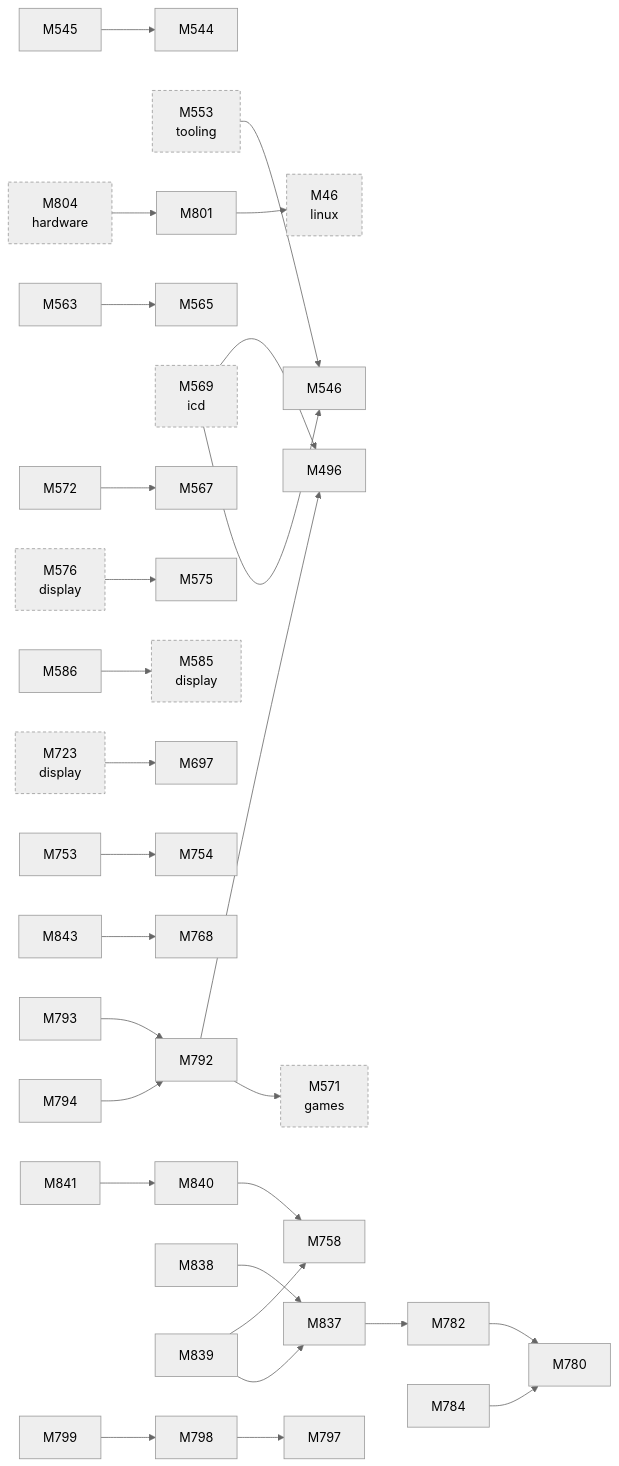
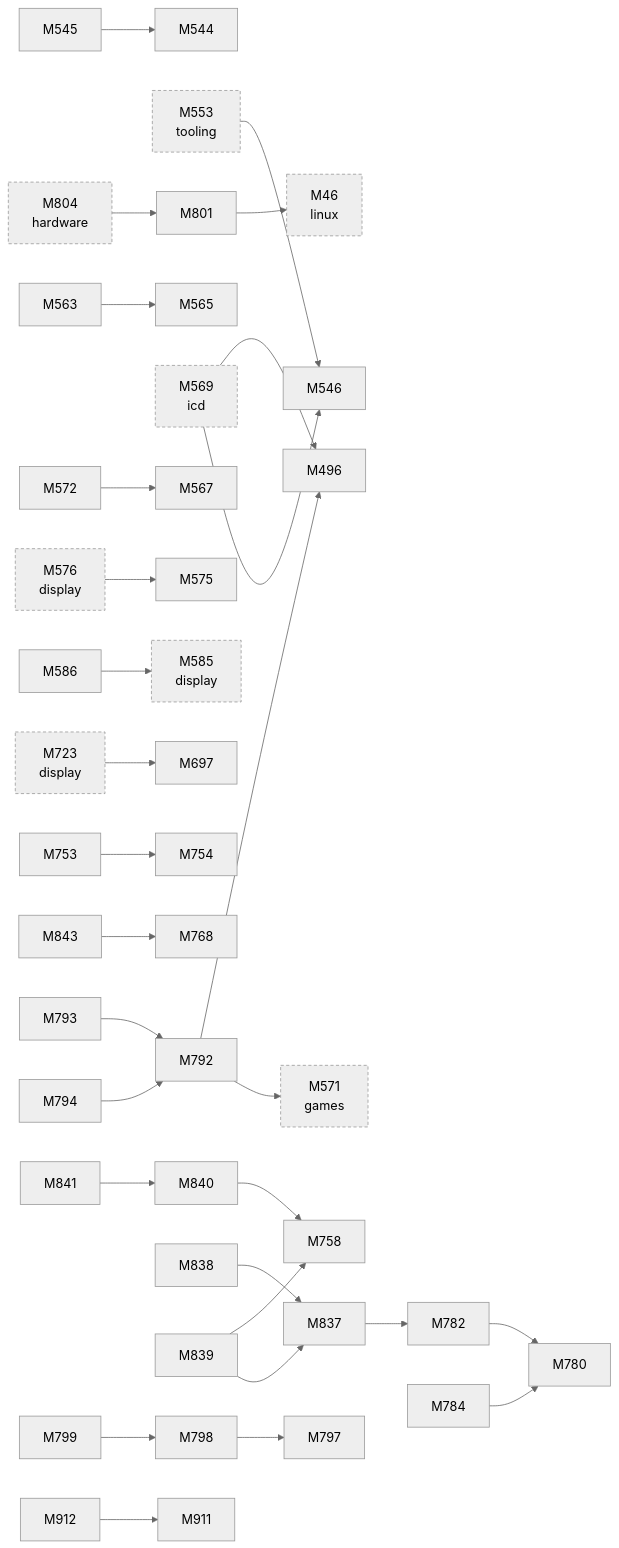
One commit to D-Ogi/amdgpu-wddm changed the second of 2 diagrams in docs/facts/graphs/d3d.md. Above: the diagram before and after it, drawn with Mermaid (neutral theme). The commit also changed 8 other files, not shown here.

````diff
--- a/docs/facts/graphs/d3d.md
+++ b/docs/facts/graphs/d3d.md
@@ -30,71 +30,74 @@
 ```mermaid
 flowchart LR
   M46["M46<br/>linux"]
   M496["M496"]
   M544["M544"]
   M545["M545"]
   M546["M546"]
   M553["M553<br/>tooling"]
   M563["M563"]
   M565["M565"]
   M567["M567"]
   M569["M569<br/>icd"]
   M571["M571<br/>games"]
   M572["M572"]
   M575["M575"]
   M576["M576<br/>display"]
   M585["M585<br/>display"]
   M586["M586"]
   M697["M697"]
   M723["M723<br/>display"]
   M753["M753"]
   M754["M754"]
   M758["M758"]
   M768["M768"]
   M780["M780"]
   M782["M782"]
   M784["M784"]
   M792["M792"]
   M793["M793"]
   M794["M794"]
   M797["M797"]
   M798["M798"]
   M799["M799"]
   M801["M801"]
   M804["M804<br/>hardware"]
   M837["M837"]
   M838["M838"]
   M839["M839"]
   M840["M840"]
   M841["M841"]
   M843["M843"]
+  M911["M911"]
+  M912["M912"]
   M804 --> M801
   M576 --> M575
   M723 --> M697
   M569 --> M496
   M569 --> M546
   M545 --> M544
   M563 --> M565
   M572 --> M567
   M586 --> M585
   M753 --> M754
   M782 --> M780
   M784 --> M780
   M792 --> M496
   M792 --> M571
   M793 --> M792
   M794 --> M792
   M798 --> M797
   M799 --> M798
   M801 --> M46
   M837 --> M782
   M838 --> M837
   M839 --> M758
   M839 --> M837
   M840 --> M758
   M841 --> M840
   M843 --> M768
+  M912 --> M911
   M553 --> M546
   classDef other stroke-dasharray:4 3
   class M46,M553,M569,M571,M576,M585,M723,M804 other
 ```
````
